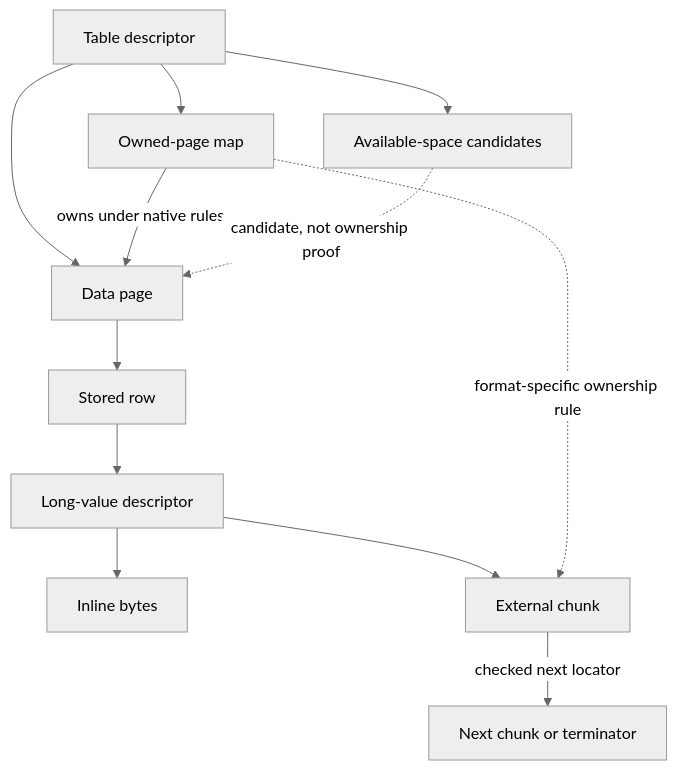
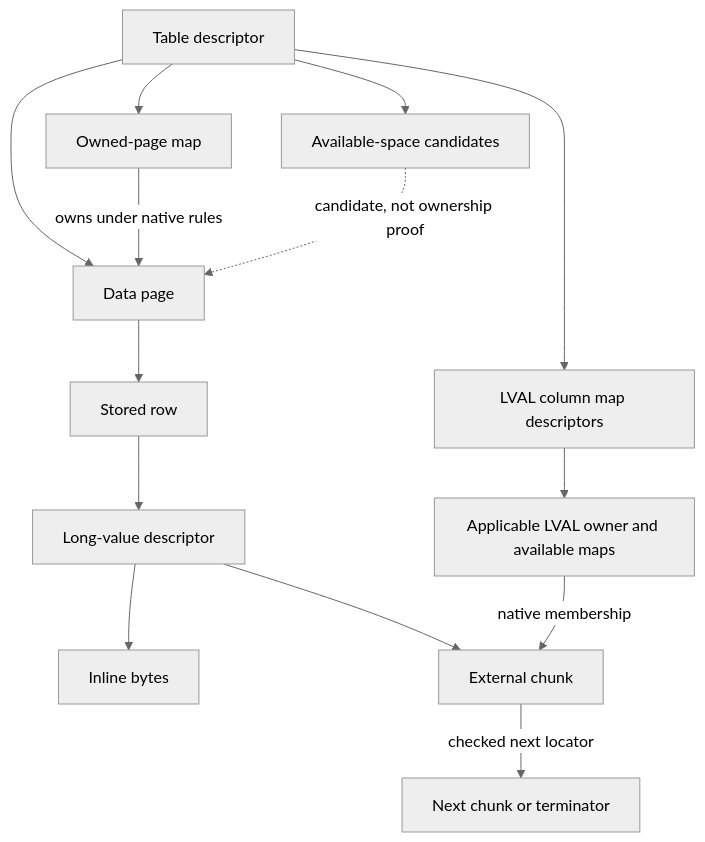
The diagram in docs/book/I-04-format.md (DnaCalc/CalcDb), drawn with Mermaid (neutral theme) before and after one commit. The commit also changed other lines of this file and 7 other files, not shown here.

````diff
--- a/docs/book/I-04-format.md
+++ b/docs/book/I-04-format.md
@@ -65,14 +62,16 @@
 ```mermaid
 flowchart TD
     T["Table descriptor"] --> O["Owned-page map"]
     T --> A["Available-space candidates"]
     T --> P["Data page"]
     O -->|"owns under native rules"| P
     A -.->|"candidate, not ownership proof"| P
     P --> R["Stored row"]
     R --> D["Long-value descriptor"]
     D --> I["Inline bytes"]
     D --> X["External chunk"]
     X -->|"checked next locator"| N["Next chunk or terminator"]
-    O -.->|"format-specific ownership rule"| X
+    T --> C["LVAL column map descriptors"]
+    C --> L["Applicable LVAL owner and available maps"]
+    L -->|"native membership"| X
 ```
````
